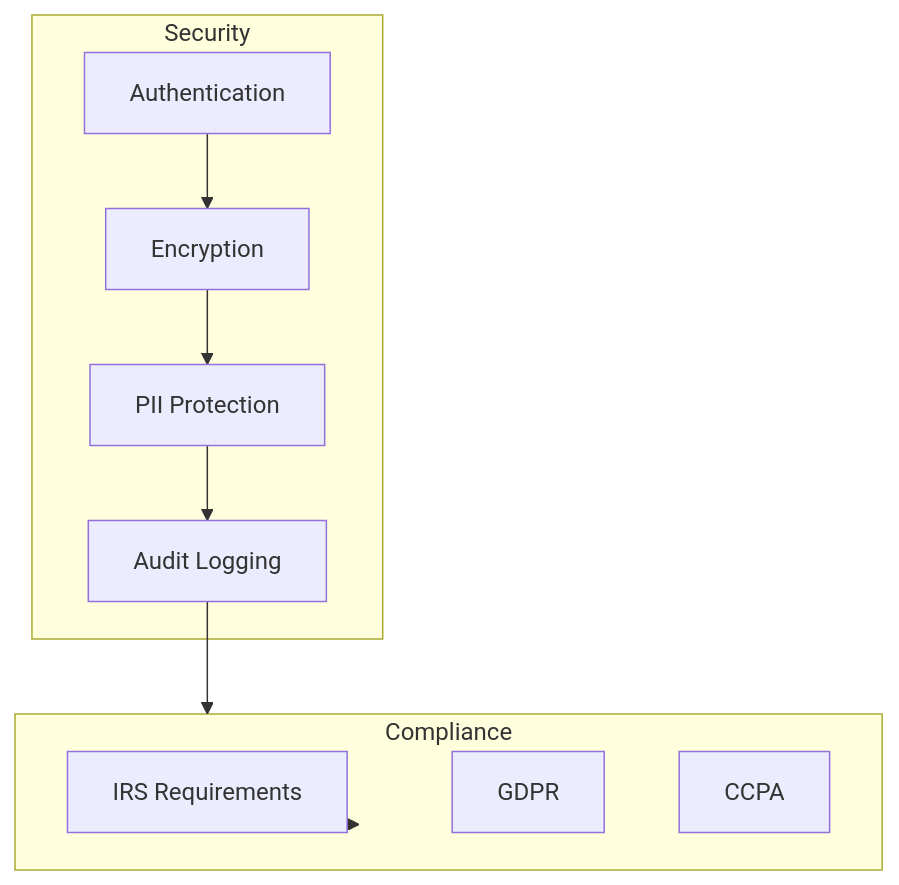
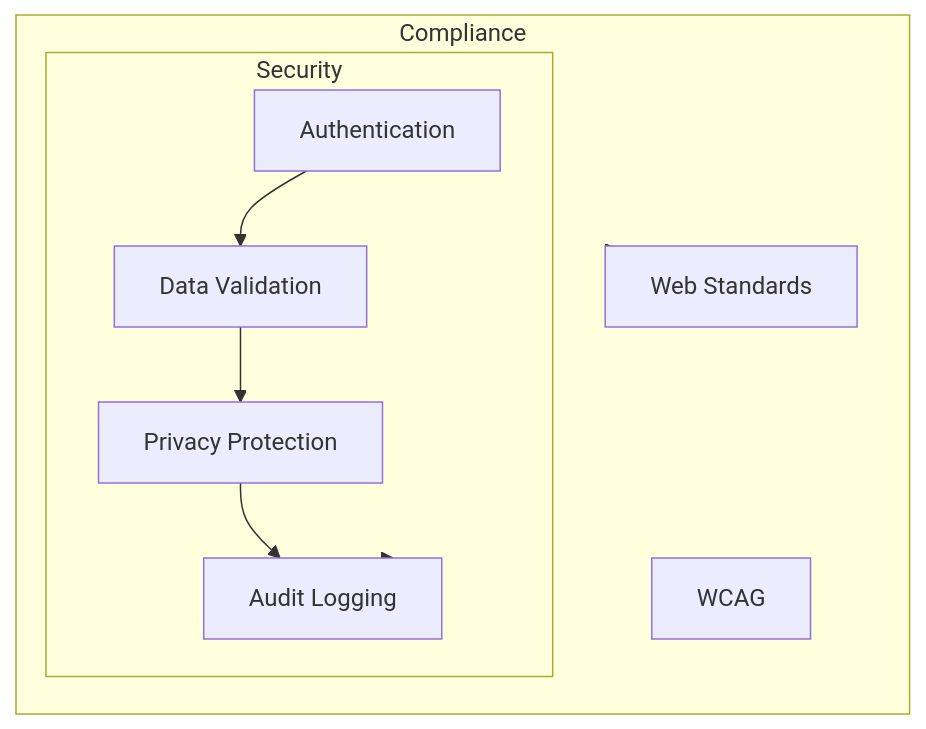
One commit to anhtdang92/direct-file-easy-webui changed the fourth of 4 diagrams in PROJECT_PLAN.md. Above: the diagram before and after it, drawn with Mermaid. The commit also changed other lines of this file and 2 other files, not shown here.

````diff
--- a/PROJECT_PLAN.md
+++ b/PROJECT_PLAN.md
@@ -133,21 +118,21 @@
 ```mermaid
 graph TB
     subgraph Security
         Auth[Authentication]
-        Encrypt[Encryption]
-        Audit[Audit Logging]
-        PII[PII Protection]
+        Validator[Data Validation]
+        Logger[Audit Logging]
+        Privacy[Privacy Protection]
     end
 
     subgraph Compliance
-        IRS[IRS Requirements]
-        GDPR[GDPR]
-        CCPA[CCPA]
+        Standards[Web Standards]
+        Accessibility[WCAG]
+        Security[OWASP]
     end
 
-    Auth --> Encrypt
-    Encrypt --> PII
-    PII --> Audit
-    Audit --> Compliance
-    Compliance --> IRS
+    Auth --> Validator
+    Validator --> Privacy
+    Privacy --> Logger
+    Logger --> Compliance
+    Compliance --> Standards
 ```
````
